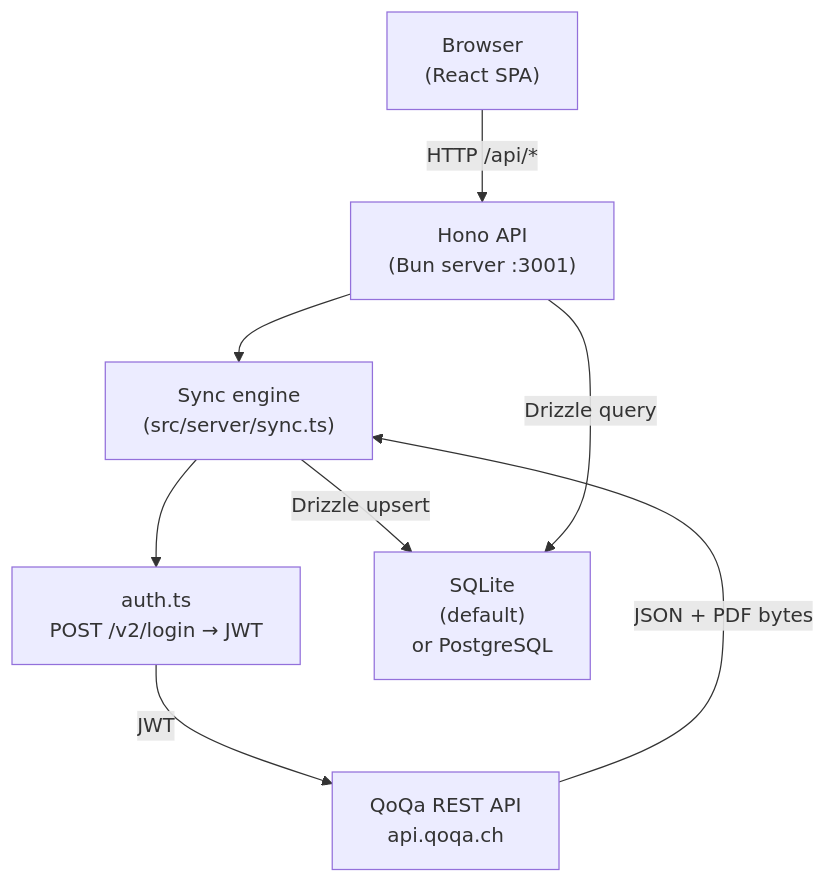
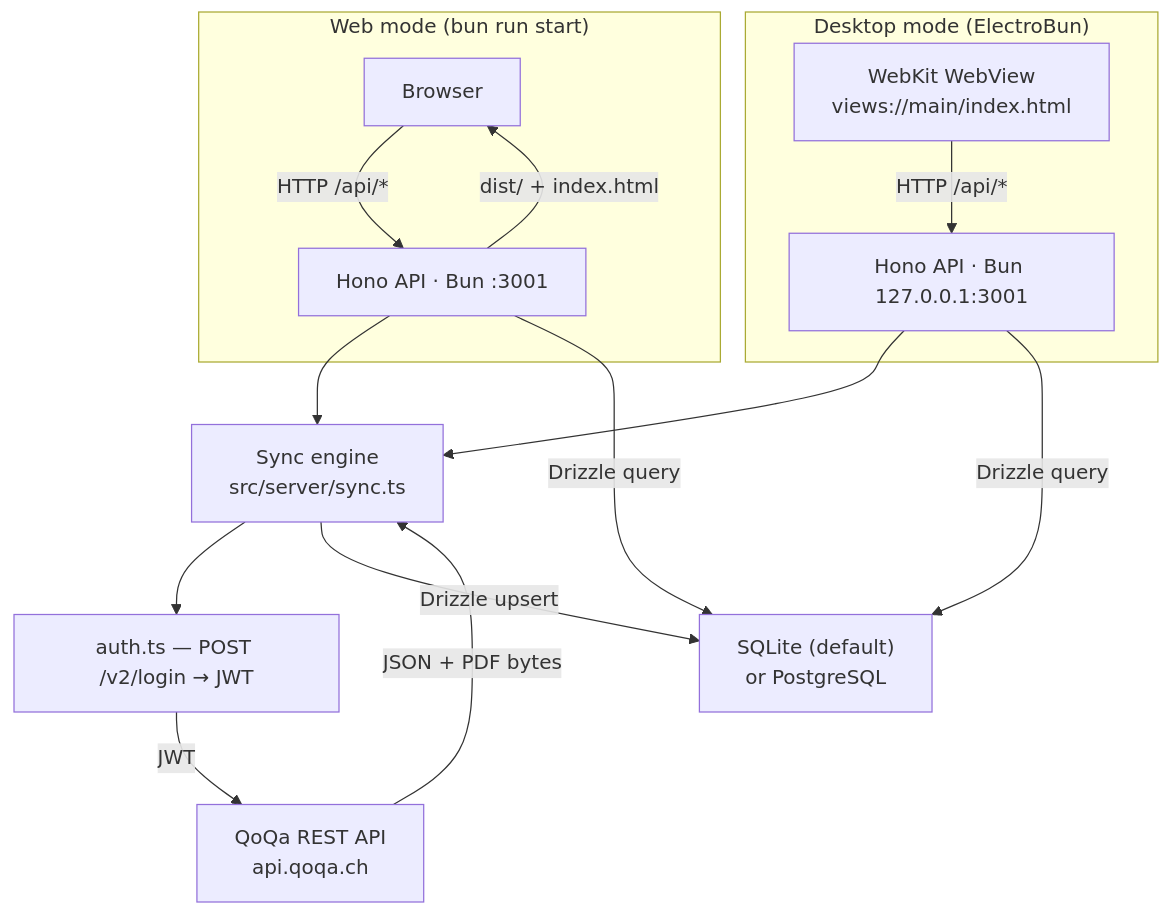
One commit to nyg/qoqa-compta changed the diagram in docs/architecture.md. Above: the diagram before and after it, drawn with Mermaid. The commit also changed other lines of this file and 4 other files, not shown here.

````diff
--- a/docs/architecture.md
+++ b/docs/architecture.md
@@ -7,17 +21,29 @@
 ```mermaid
 flowchart TD
-    Browser["Browser\n(React SPA)"]
-    Hono["Hono API\n(Bun server :3001)"]
-    Sync["Sync engine\n(src/server/sync.ts)"]
-    Auth["auth.ts\nPOST /v2/login → JWT"]
+    subgraph WEB["Web mode (bun run start)"]
+        Browser["Browser"]
+        HonoWeb["Hono API · Bun :3001"]
+        Browser -->|"HTTP /api/*"| HonoWeb
+        HonoWeb -->|"dist/ + index.html"| Browser
+    end
+
+    subgraph DESKTOP["Desktop mode (ElectroBun)"]
+        WebView["WebKit WebView\nviews://main/index.html"]
+        HonoDesk["Hono API · Bun 127.0.0.1:3001"]
+        WebView -->|"HTTP /api/*"| HonoDesk
+    end
+
+    Sync["Sync engine\nsrc/server/sync.ts"]
+    Auth["auth.ts — POST /v2/login → JWT"]
     QoqaAPI["QoQa REST API\napi.qoqa.ch"]
-    DB["SQLite\n(default)\nor PostgreSQL"]
+    DB["SQLite (default)\nor PostgreSQL"]
 
-    Browser -->|HTTP /api/*| Hono
-    Hono --> Sync
+    HonoWeb --> Sync
+    HonoDesk --> Sync
     Sync --> Auth
     Auth -->|JWT| QoqaAPI
-    QoqaAPI -->|JSON + PDF bytes| Sync
+    QoqaAPI -->|"JSON + PDF bytes"| Sync
     Sync -->|Drizzle upsert| DB
-    Hono -->|Drizzle query| DB
+    HonoWeb -->|Drizzle query| DB
+    HonoDesk -->|Drizzle query| DB
 ```
````
